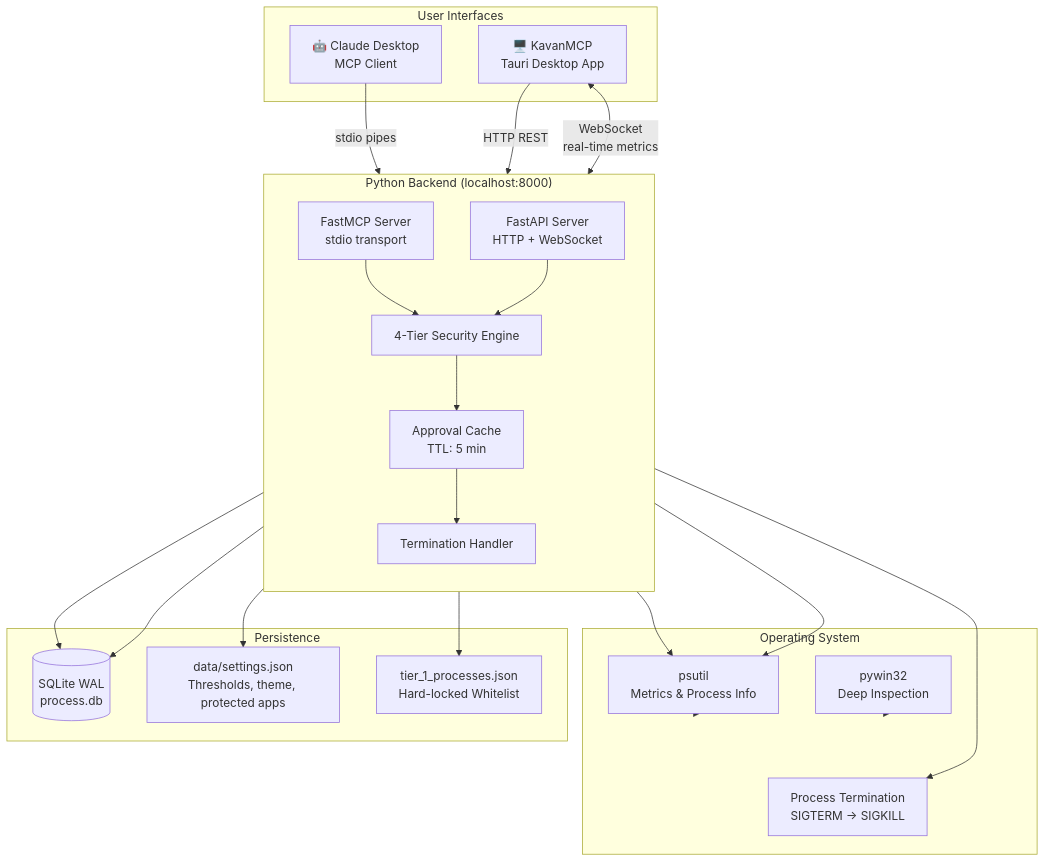
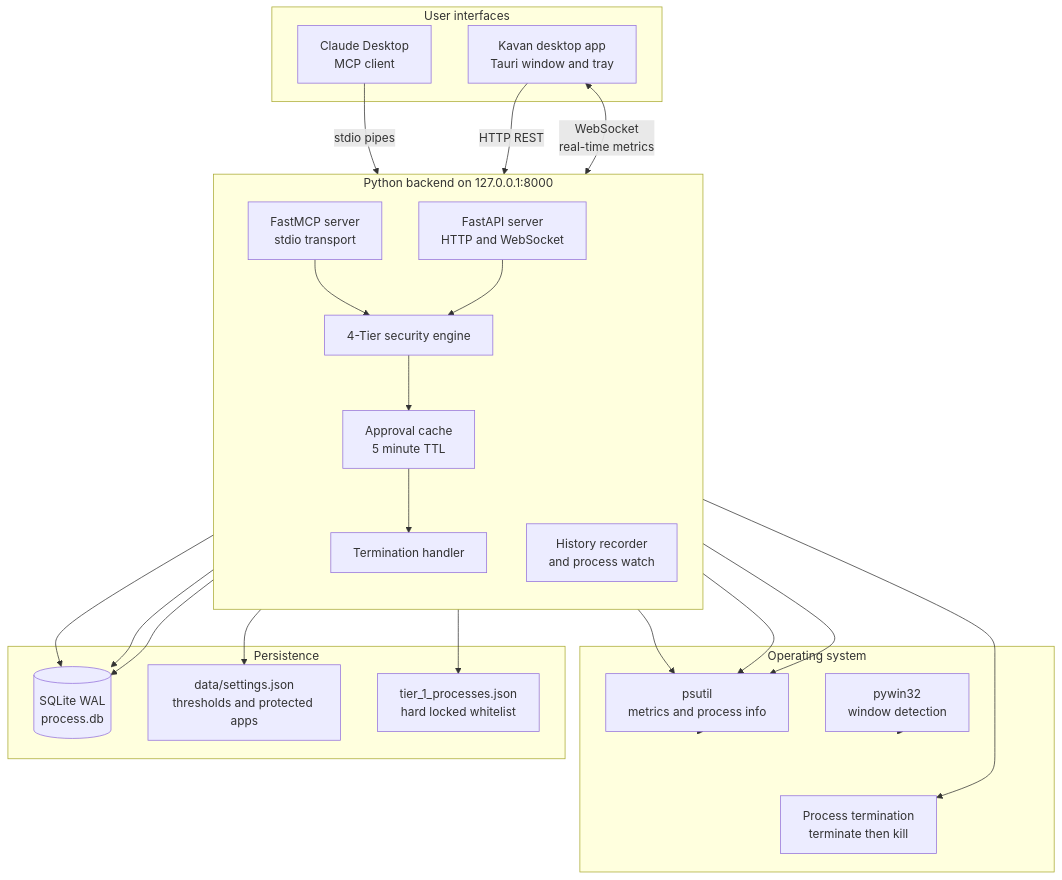
Before and after one commit to Rahul-8283/KavanMCP: the fourth of 27 diagrams in README.md, drawn with Mermaid. The commit also changed other lines of this file, not shown here.

````diff
--- a/README.md
+++ b/README.md
@@ -69,48 +253,51 @@
 ```mermaid
 graph TB
-    subgraph User["User Interfaces"]
-        Claude["🤖 Claude Desktop\nMCP Client"]
-        GUI["🖥️ KavanMCP\nTauri Desktop App"]
+    subgraph User["User interfaces"]
+        Claude["Claude Desktop<br/>MCP client"]
+        GUI["Kavan desktop app<br/>Tauri window and tray"]
     end
 
-    subgraph Backend["Python Backend (localhost:8000)"]
+    subgraph Backend["Python backend on 127.0.0.1:8000"]
         direction TB
-        MCP["FastMCP Server\nstdio transport"]
-        API["FastAPI Server\nHTTP + WebSocket"]
-        Security["4-Tier Security Engine"]
-        Approval["Approval Cache\nTTL: 5 min"]
-        Terminator["Termination Handler"]
+        MCP["FastMCP server<br/>stdio transport"]
+        API["FastAPI server<br/>HTTP and WebSocket"]
+        Security["4-Tier security engine"]
+        Approval["Approval cache<br/>5 minute TTL"]
+        Terminator["Termination handler"]
+        Recorder["History recorder<br/>and process watch"]
     end
 
-    subgraph OS["Operating System"]
-        psutil["psutil\nMetrics & Process Info"]
-        win32["pywin32\nDeep Inspection"]
-        Kill["Process Termination\nSIGTERM → SIGKILL"]
+    subgraph OS["Operating system"]
+        psutil["psutil<br/>metrics and process info"]
+        win32["pywin32<br/>window detection"]
+        Kill["Process termination<br/>terminate then kill"]
     end
 
     subgraph Data["Persistence"]
-        DB[("SQLite WAL\nprocess.db")]
-        Config["data/settings.json\nThresholds, theme, protected apps"]
-        Whitelist["tier_1_processes.json\nHard-locked Whitelist"]
+        DB[("SQLite WAL<br/>process.db")]
+        Config["data/settings.json<br/>thresholds and protected apps"]
+        Whitelist["tier_1_processes.json<br/>hard locked whitelist"]
     end
 
     Claude -->|"stdio pipes"| MCP
     GUI -->|"HTTP REST"| API
-    GUI <-->|"WebSocket\nreal-time metrics"| API
+    GUI <-->|"WebSocket<br/>real-time metrics"| API
 
     MCP --> Security
     API --> Security
     Security --> Whitelist
     Security --> Approval
     Approval --> Terminator
     Terminator --> Kill
 
     MCP --> psutil
     API --> psutil
+    Recorder --> psutil
     psutil --> OS
     win32 --> OS
 
     Terminator --> DB
+    Recorder --> DB
     MCP --> DB
     API --> Config
 ```
````
